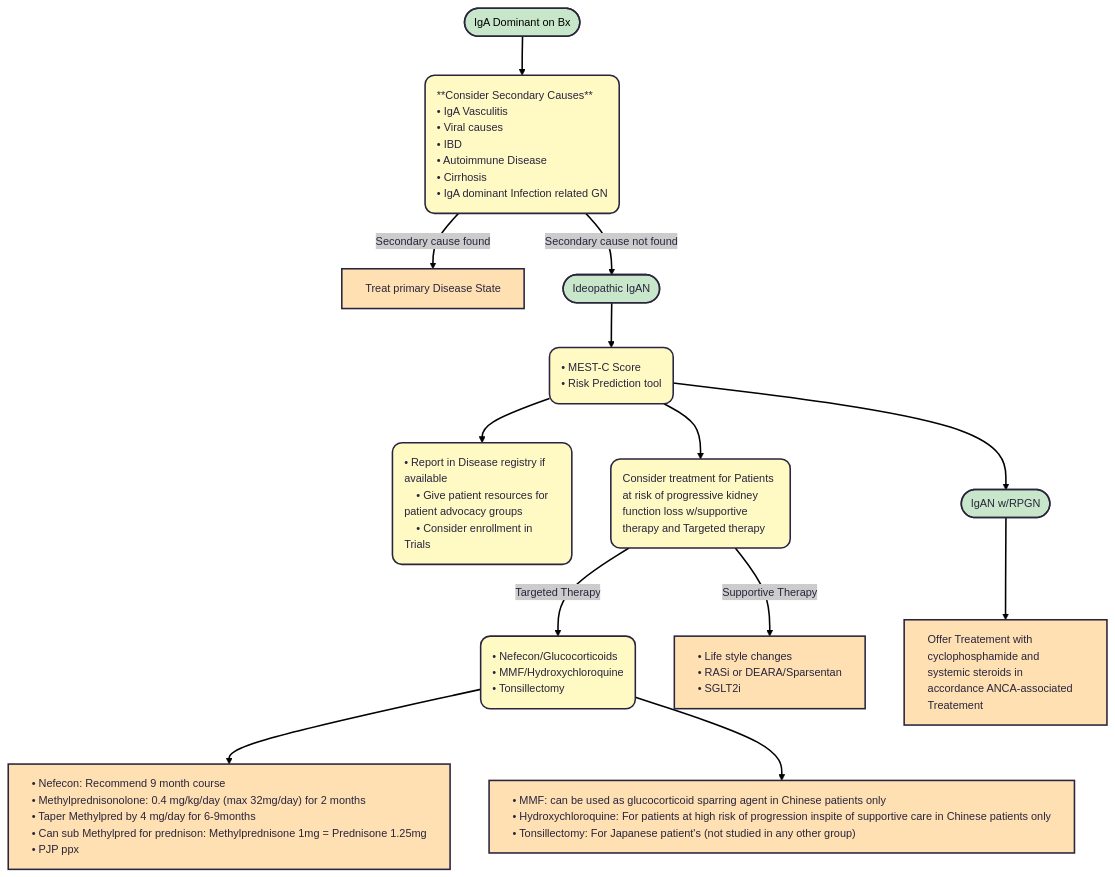
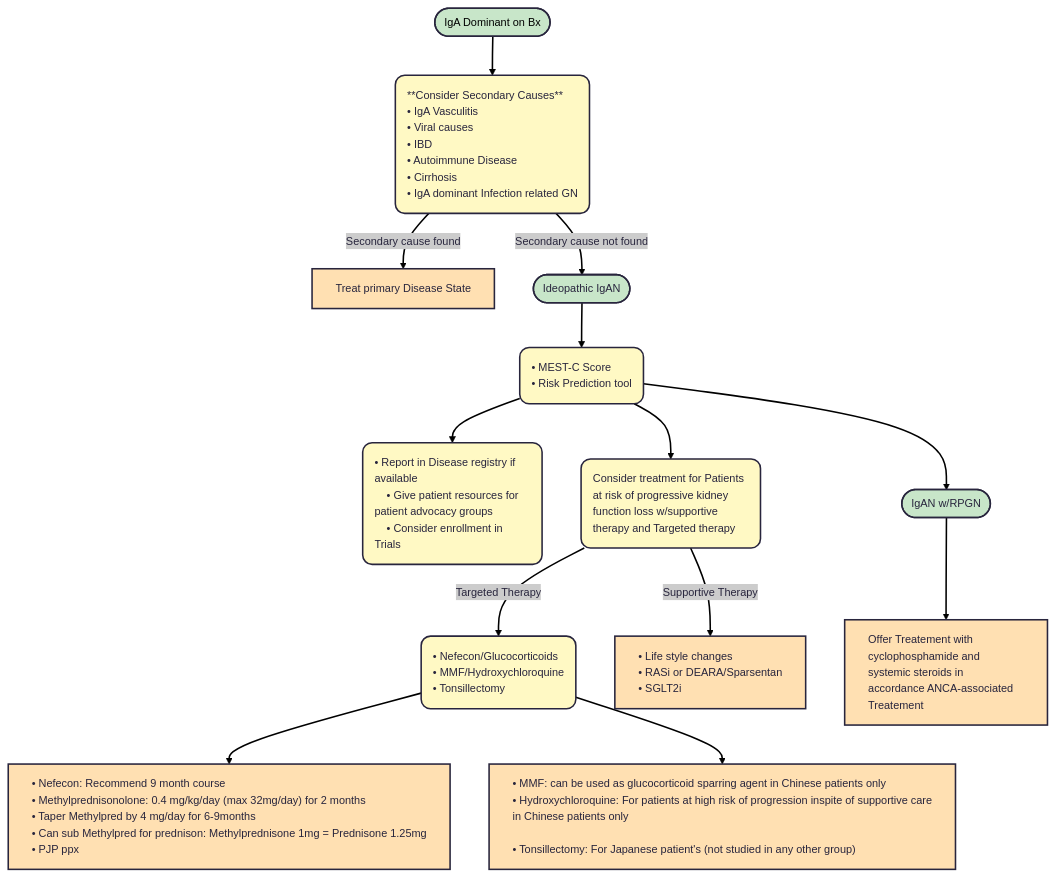
One commit to TTUNEPH2025/GN changed the diagram in docs/IGAN.md. Above: the diagram before and after it, drawn with Mermaid.

````diff
--- a/docs/IGAN.md
+++ b/docs/IGAN.md
@@ -71,53 +71,55 @@
 ```mermaid
 ---
 config:
   theme: redux
 ---
 flowchart TD
     A(["IgA Dominant on Bx"]) --> n1["**Consider Secondary Causes**
     • IgA Vasculitis
     • Viral causes
     • IBD
     • Autoimmune Disease
     • Cirrhosis 
     • IgA dominant Infection related GN"]
     n1 -- Secondary cause found --> n2["Treat primary Disease State"]
     n1 -- Secondary cause not found --> n3(["Ideopathic IgAN"])
     n3 --> n4["• MEST-C Score
     • Risk Prediction tool"]
     n4 --> n5["• Report in Disease registry if available
     • Give patient resources for patient advocacy groups
     • Consider enrollment in Trials"] & n6["Consider treatment for Patients at risk of progressive kidney function loss w/supportive therapy and Targeted therapy"] & n9(["IgAN w/RPGN"])
     n6 -- Targeted Therapy --> n7["• Nefecon/Glucocorticoids
     • MMF/Hydroxychloroquine
     • Tonsillectomy"]
     n6 -- Supportive Therapy --> n8["• Life style changes
     • RASi or DEARA/Sparsentan
     • SGLT2i"]
     n9 --> n10["Offer Treatement with cyclophosphamide and systemic steroids in accordance ANCA-associated Treatement"]
     n7 --> n11["• Nefecon: Recommend 9 month course
     • Methylprednisonolone: 0.4 mg/kg/day (max 32mg/day) for 2 months
  • Taper Methylpred by 4 mg/day for 6-9months
 • Can sub Methylpred for prednison: Methylprednisone 1mg = Prednisone 1.25mg
-• PJP ppx"] & n12@{ label: "• MMF: can be used as glucocorticoid sparring agent in Chinese patients only\n    • Hydroxychloroquine: For patients at high risk of progression inspite of supportive care in Chinese patients only\n    • Tonsillectomy: For Japanese patient's (not studied in any other group)" }
+• PJP ppx"] & n12@{ label: "• MMF: can be used as glucocorticoid sparring agent in Chinese patients only\n    • Hydroxychloroquine: For patients at high risk of progression inspite of supportive care
+in Chinese patients only\n
+   • Tonsillectomy: For Japanese patient's (not studied in any other group)" }
     n1@{ shape: rounded}
     n4@{ shape: rounded}
     n5@{ shape: rounded}
     n6@{ shape: rounded}
     n7@{ shape: rounded}
     n8@{ shape: rect}
     n12@{ shape: rect}
     style A fill:#C8E6C9,color:#000000
     style n1 fill:#FFF9C4,text-align:left,white-space:nowrap
     style n2 fill:#FFE0B2,text-align:left
     style n3 fill:#C8E6C9,text-align:left
     style n4 fill:#FFF9C4,text-align:left
     style n5 fill:#FFF9C4,text-align:left
     style n6 fill:#FFF9C4,text-align:left
     style n9 fill:#C8E6C9,text-align:left
     style n7 fill:#FFF9C4,text-align:left,white-space:nowrap
     style n8 fill:#FFE0B2,text-align:left,white-space:nowrap
     style n10 fill:#FFE0B2,text-align:left
     style n11 fill:#FFE0B2,text-align:left,white-space:nowrap
     style n12 fill:#FFE0B2,text-align:left,white-space:nowrap
 ```
````
